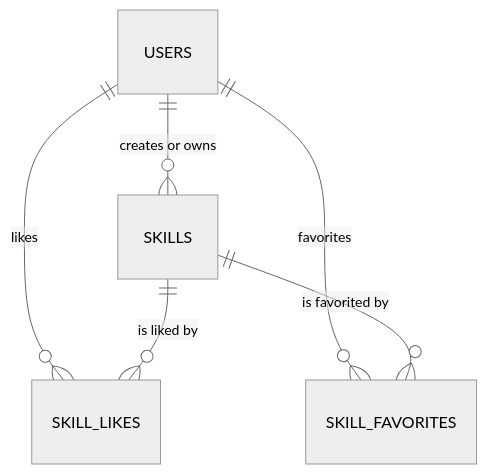
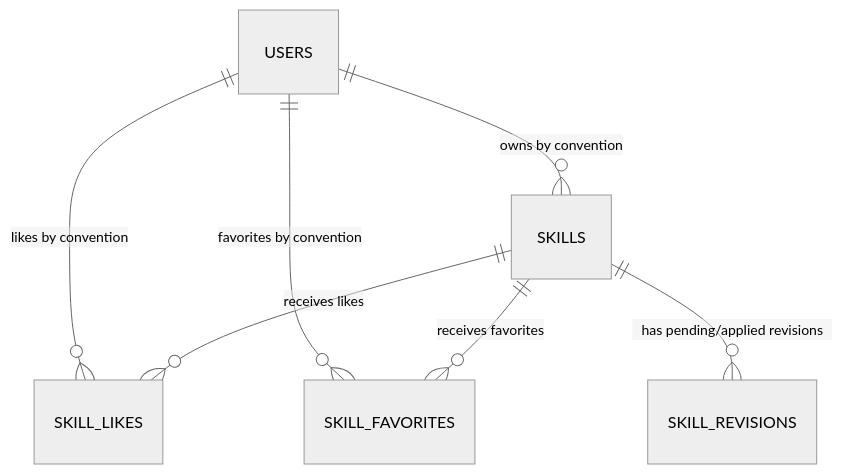
The diagram in db/SCHEMA.md (JASON-QWeb/BeautySkillsHub), drawn with Mermaid (neutral theme) before and after one commit. The commit also changed other lines of this file and 38 other files, not shown here.

````diff
--- a/db/SCHEMA.md
+++ b/db/SCHEMA.md
@@ -35,8 +253,9 @@
 ```mermaid
 erDiagram
-    USERS ||--o{ SKILLS : "creates or owns"
-    USERS ||--o{ SKILL_LIKES : "likes"
-    USERS ||--o{ SKILL_FAVORITES : "favorites"
-    SKILLS ||--o{ SKILL_LIKES : "is liked by"
-    SKILLS ||--o{ SKILL_FAVORITES : "is favorited by"
+    USERS ||--o{ SKILLS : "owns by convention"
+    USERS ||--o{ SKILL_LIKES : "likes by convention"
+    USERS ||--o{ SKILL_FAVORITES : "favorites by convention"
+    SKILLS ||--o{ SKILL_LIKES : "receives likes"
+    SKILLS ||--o{ SKILL_FAVORITES : "receives favorites"
+    SKILLS ||--o{ SKILL_REVISIONS : "has pending/applied revisions"
 ```
````
